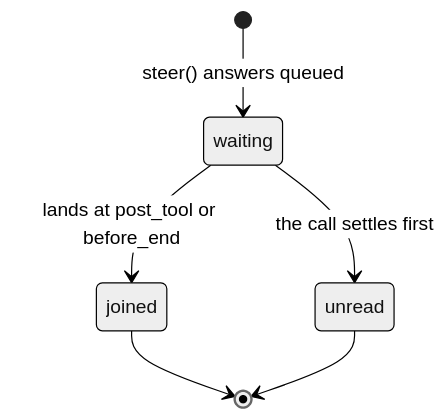
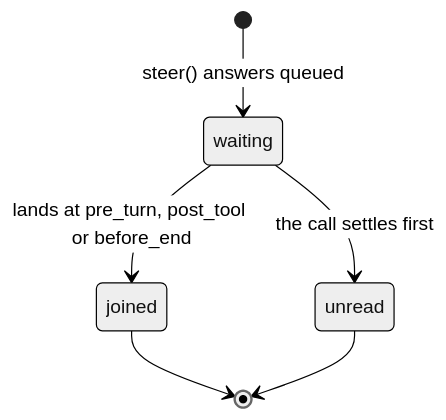
Before and after one commit to masudl-hub/theoremai: the diagram in docs/proposals/steer-background-calls.md, drawn with Mermaid (neutral theme). The commit also changed other lines of this file and 18 other files, not shown here.

````diff
--- a/docs/proposals/steer-background-calls.md
+++ b/docs/proposals/steer-background-calls.md
@@ -65,8 +65,8 @@
 ```mermaid
 stateDiagram-v2
     [*] --> waiting: steer() answers queued
-    waiting --> joined: lands at post_tool or before_end
+    waiting --> joined: lands at pre_turn, post_tool or before_end
     waiting --> unread: the call settles first
     joined --> [*]
     unread --> [*]
 ```
````
